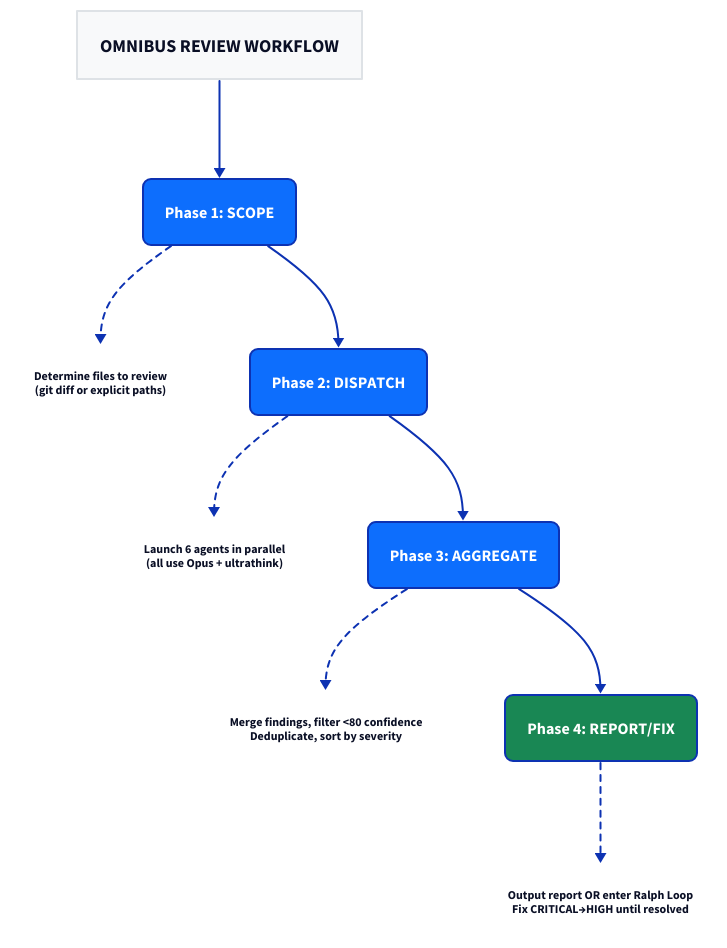
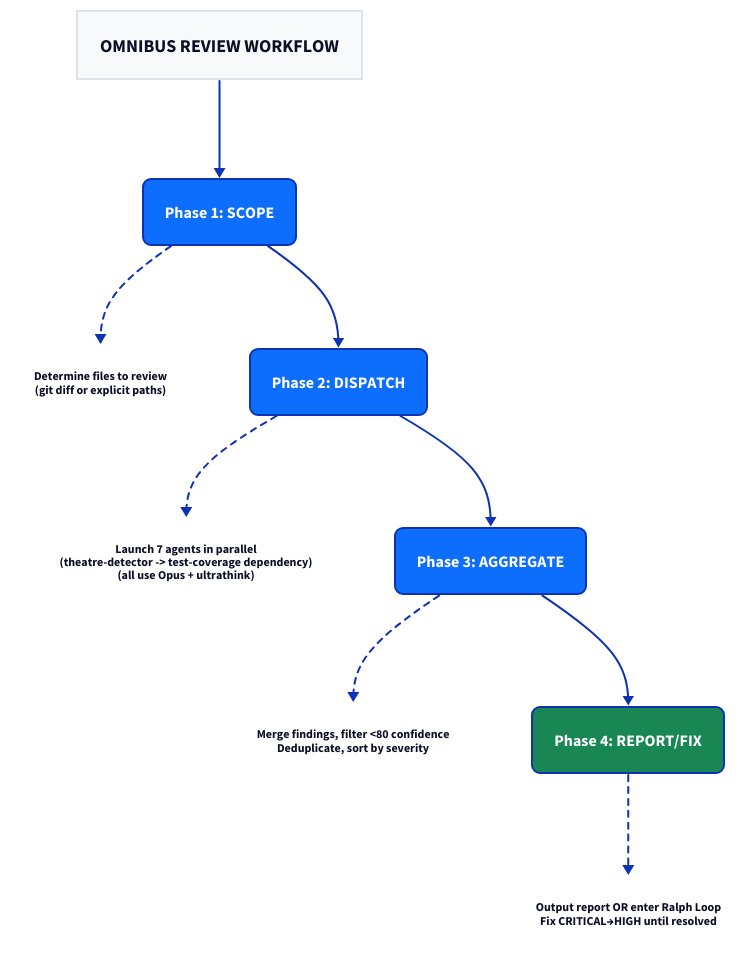
The diagram in diagrams/d2/workflow-overview.d2 (andrewcchoi/omnibus-review-maxxing), drawn with D2 before and after one commit. The commit also changed 20 other files, not shown here.

First line of the commit message:
feat: Add test-theatre-detector agent for identifying fake tests

```diff
--- a/diagrams/d2/workflow-overview.d2
+++ b/diagrams/d2/workflow-overview.d2
@@ -1,64 +1,64 @@
 # Omnibus Review Workflow Overview
 # 4-phase vertical flow diagram
 
 direction: down
 
 title: OMNIBUS REVIEW WORKFLOW {
   style.fill: "#f8f9fa"
   style.stroke: "#dee2e6"
   style.font-size: 18
   style.bold: true
 }
 
 phase1: Phase 1: SCOPE {
   style.fill: "#0d6efd"
   style.font-color: white
   style.border-radius: 8
 }
 phase1_desc: "Determine files to review\n(git diff or explicit paths)" {
   style.fill: transparent
   style.stroke: transparent
   style.font-size: 12
 }
 
 phase2: Phase 2: DISPATCH {
   style.fill: "#0d6efd"
   style.font-color: white
   style.border-radius: 8
 }
-phase2_desc: "Launch 6 agents in parallel\n(all use Opus + ultrathink)" {
+phase2_desc: "Launch 7 agents in parallel\n(theatre-detector -> test-coverage dependency)\n(all use Opus + ultrathink)" {
   style.fill: transparent
   style.stroke: transparent
   style.font-size: 12
 }
 
 phase3: Phase 3: AGGREGATE {
   style.fill: "#0d6efd"
   style.font-color: white
   style.border-radius: 8
 }
 phase3_desc: "Merge findings, filter <80 confidence\nDeduplicate, sort by severity" {
   style.fill: transparent
   style.stroke: transparent
   style.font-size: 12
 }
 
 phase4: Phase 4: REPORT/FIX {
   style.fill: "#198754"
   style.font-color: white
   style.border-radius: 8
 }
 phase4_desc: "Output report OR enter Ralph Loop\nFix CRITICAL→HIGH until resolved" {
   style.fill: transparent
   style.stroke: transparent
   style.font-size: 12
 }
 
 title -> phase1
 phase1 -> phase1_desc: {style.stroke-dash: 3}
 phase1 -> phase2
 phase2 -> phase2_desc: {style.stroke-dash: 3}
 phase2 -> phase3
 phase3 -> phase3_desc: {style.stroke-dash: 3}
 phase3 -> phase4
 phase4 -> phase4_desc: {style.stroke-dash: 3}
```
